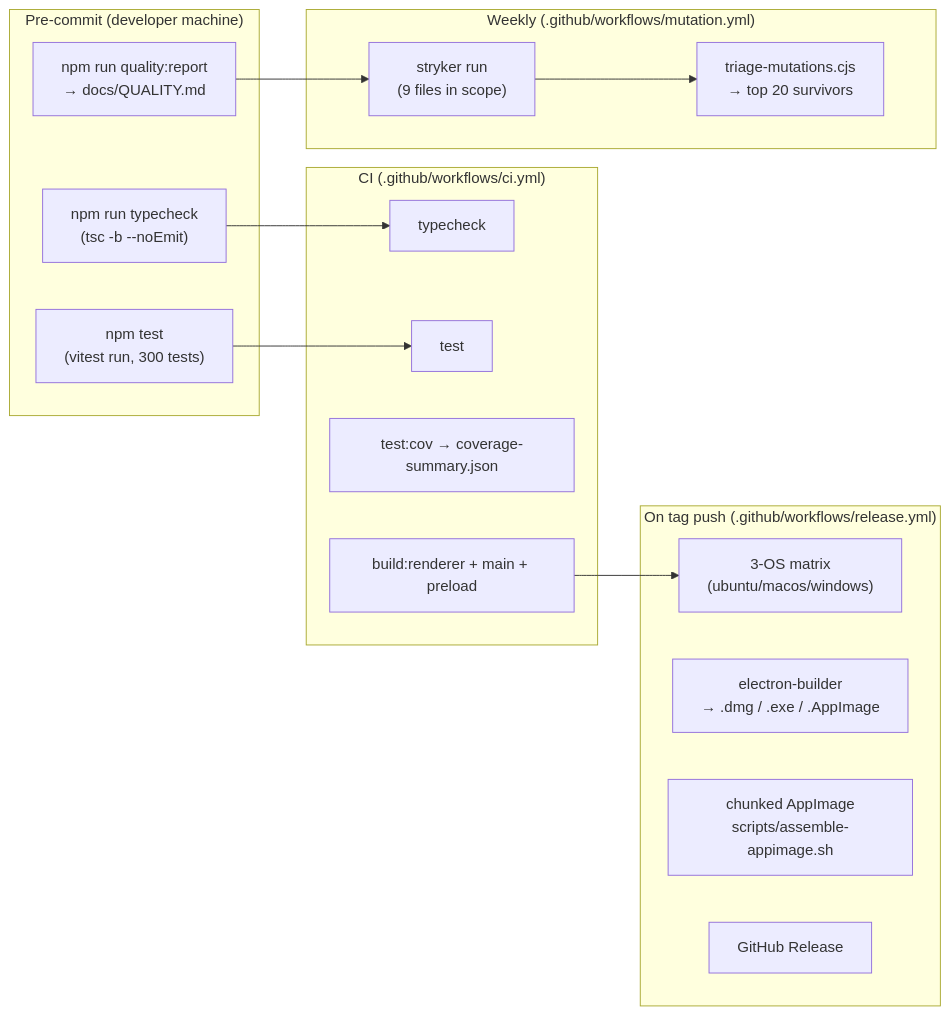
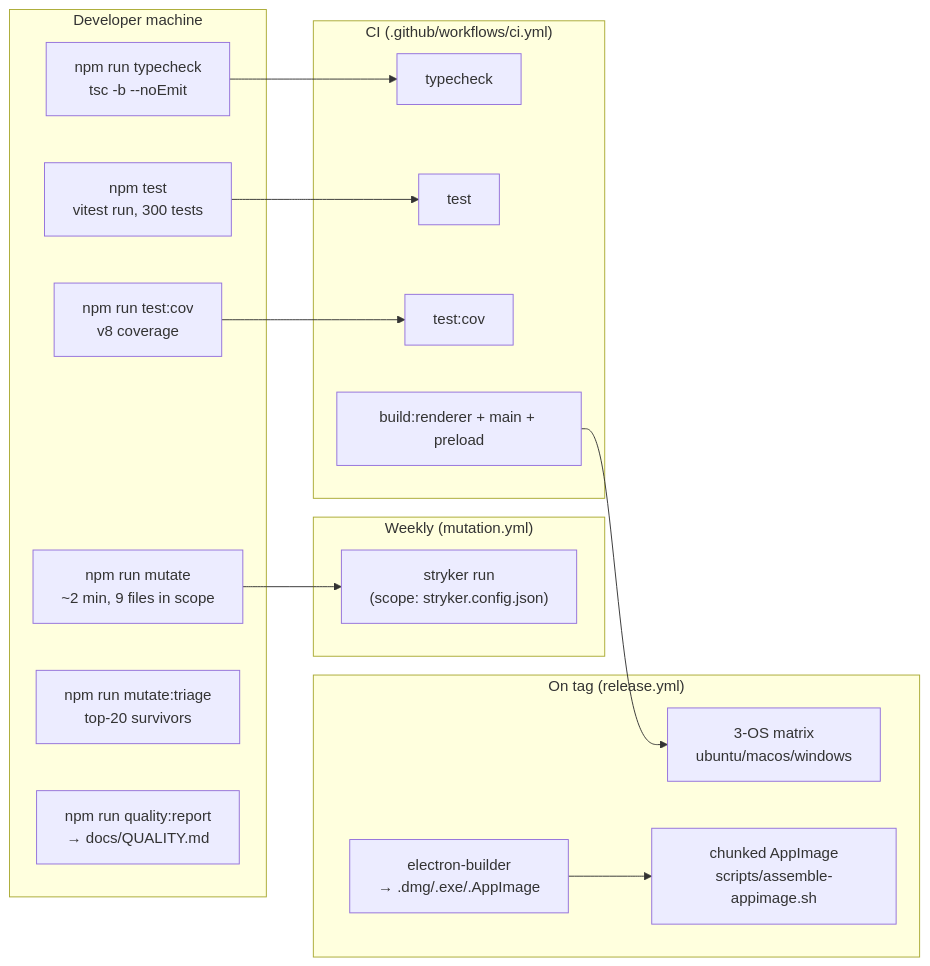
One commit to hiroto1977/- changed the ninth of 11 diagrams in docs/ARCHITECTURE.md. Above: the diagram before and after it, drawn with Mermaid. The commit also changed other lines of this file, not shown here.

First line of the commit message:
ARCHITECTURE.md precision rewrite (verifiable down to file:line)

````diff
--- a/docs/ARCHITECTURE.md
+++ b/docs/ARCHITECTURE.md
@@ -321,33 +483,35 @@
 ```mermaid
 graph LR
-  subgraph "Pre-commit (developer machine)"
-    DEV1["npm run typecheck<br/>(tsc -b --noEmit)"]
-    DEV2["npm test<br/>(vitest run, 300 tests)"]
-    DEV3["npm run quality:report<br/>→ docs/QUALITY.md"]
+  subgraph "Developer machine"
+    DEV1["npm run typecheck<br/>tsc -b --noEmit"]
+    DEV2["npm test<br/>vitest run, 300 tests"]
+    DEV3["npm run test:cov<br/>v8 coverage"]
+    DEV4["npm run mutate<br/>~2 min, 9 files in scope"]
+    DEV5["npm run mutate:triage<br/>top-20 survivors"]
+    DEV6["npm run quality:report<br/>→ docs/QUALITY.md"]
   end
 
   subgraph "CI (.github/workflows/ci.yml)"
-    CI1["typecheck"]
-    CI2["test"]
-    CI3["test:cov → coverage-summary.json"]
-    CI4["build:renderer + main + preload"]
+    CI1[typecheck]
+    CI2[test]
+    CI3[test:cov]
+    CI4[build:renderer + main + preload]
   end
 
-  subgraph "Weekly (.github/workflows/mutation.yml)"
-    MUT1["stryker run<br/>(9 files in scope)"]
-    MUT2["triage-mutations.cjs<br/>→ top 20 survivors"]
+  subgraph "Weekly (mutation.yml)"
+    MUT1["stryker run<br/>(scope: stryker.config.json)"]
   end
 
-  subgraph "On tag push (.github/workflows/release.yml)"
-    REL1["3-OS matrix<br/>(ubuntu/macos/windows)"]
-    REL2["electron-builder<br/>→ .dmg / .exe / .AppImage"]
+  subgraph "On tag (release.yml)"
+    REL1["3-OS matrix<br/>ubuntu/macos/windows"]
+    REL2["electron-builder<br/>→ .dmg/.exe/.AppImage"]
     REL3["chunked AppImage<br/>scripts/assemble-appimage.sh"]
-    REL4["GitHub Release"]
   end
 
   DEV1 --> CI1
   DEV2 --> CI2
-  DEV3 --> MUT1
+  DEV3 --> CI3
+  DEV4 --> MUT1
   CI4 --> REL1
-  MUT1 --> MUT2
+  REL2 --> REL3
 ```
````
